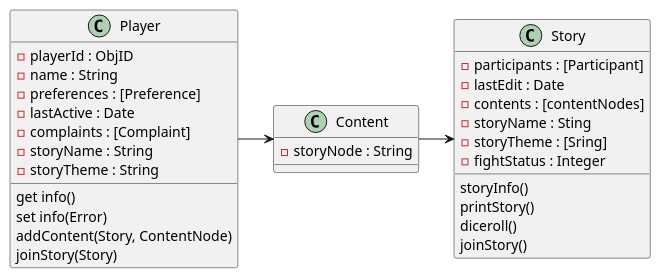
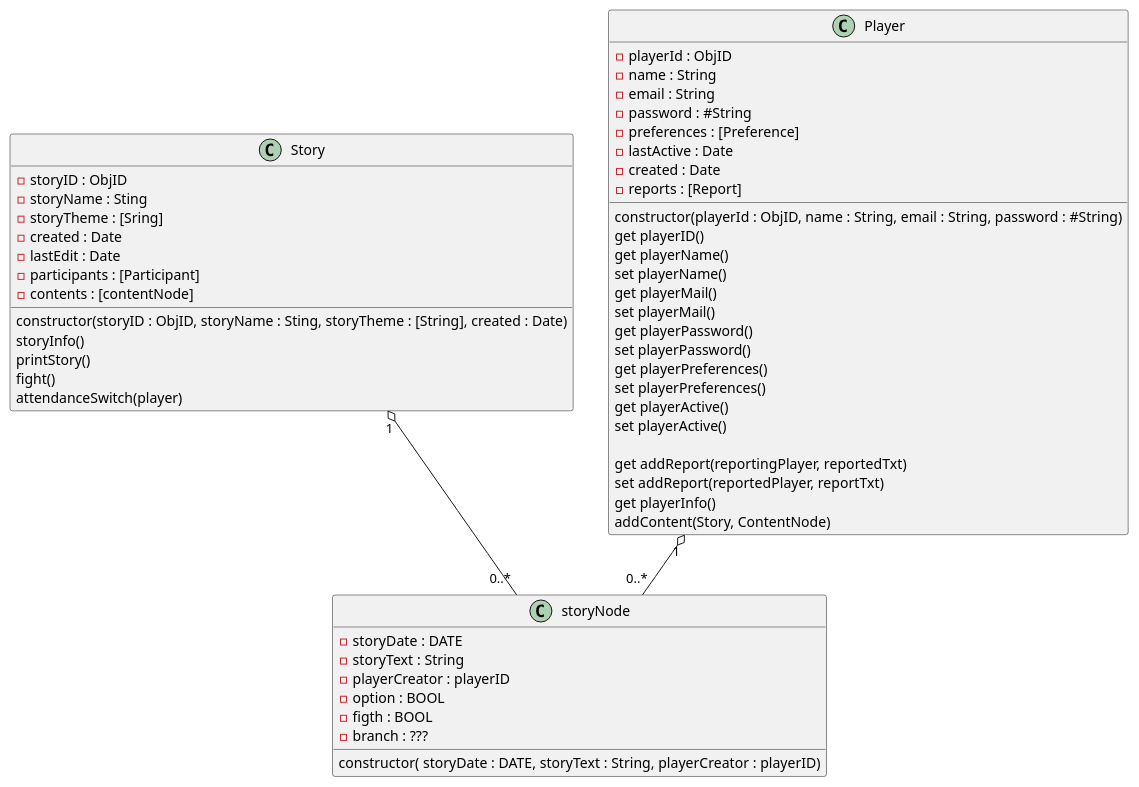
The diagram in puml/class.puml (riskieee/improrpg), drawn with PlantUML before and after one commit.

Commit message:
Rethink classes

```diff
--- a/puml/class.puml
+++ b/puml/class.puml
@@ -1,45 +1,69 @@
 @startuml inmroRPG Class Diagram
 'https://plantuml.com/en/class-diagram
 'good https://real-world-plantuml.com/umls/4780185589121024
 ' ok https://real-world-plantuml.com/umls/4727890604195840
 'typescript interface example https://real-world-plantuml.com/umls/4780185589121024
 ' o-> hagregation! =/ composition *->
 
 
 class Story {
-  -participants : [Participant]
-  -lastEdit : Date
-  -contents : [contentNodes]
+  -storyID : ObjID
   -storyName : Sting
   -storyTheme : [Sring]
-  -fightStatus : Integer
+  -created : Date
+  -lastEdit : Date
+  -participants : [Participant]
+  -contents : [contentNode]
 
+  constructor(storyID : ObjID, storyName : Sting, storyTheme : [String], created : Date)
   storyInfo()
   printStory()
-  diceroll()
-  joinStory()
+  fight()
+  attendanceSwitch(player)
 }
 
 class Player {
--playerId : ObjID
--name : String
--preferences : [Preference]
--lastActive : Date
--complaints : [Complaint]
--storyName : String
--storyTheme : String
+  -playerId : ObjID
+  -name : String
+  -email : String
+  -password : #String
+  -preferences : [Preference]
+  -lastActive : Date
+  -created : Date
+  -reports : [Report]
 
-get info()
-set info(Error)
-addContent(Story, ContentNode)
-joinStory(Story)
+  constructor(playerId : ObjID, name : String, email : String, password : #String)
+  get playerID()
+  get playerName()
+  set playerName()
+  get playerMail()
+  set playerMail()
+  get playerPassword()
+  set playerPassword()
+  get playerPreferences()
+  set playerPreferences()
+  get playerActive()
+  set playerActive()
+
+  get addReport(reportingPlayer, reportedTxt)
+  set addReport(reportedPlayer, reportTxt)
+  get playerInfo()
+  addContent(Story, ContentNode)
 }
 
-class Content {
--storyNode : String
+class storyNode {
+  -storyDate : DATE
+  -storyText : String
+  -playerCreator : playerID
+  -option : BOOL
+  -figth : BOOL
+  -branch : ???
+
+  constructor( storyDate : DATE, storyText : String, playerCreator : playerID)
 }
 
-Player -> Content
-Content -> Story
+Player "1" o-- "0..*" storyNode
+Story "1" o-- "0..*" storyNode
+
 
 @enduml
```
